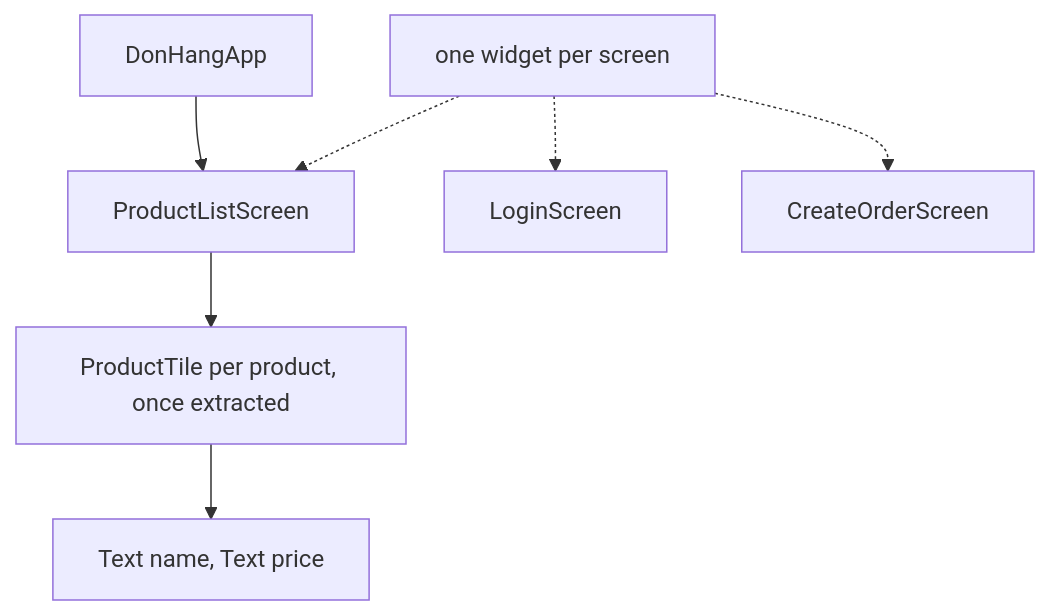
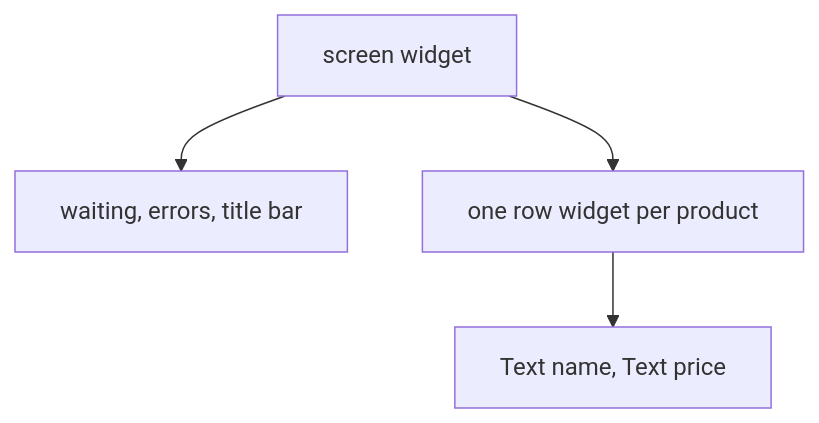
One commit to duyan11110/lo-trinh-architect changed the diagram in content/tracks/frontend/flutter-foundations/frontend.l1.composing-widgets.en.md. Above: the diagram before and after it, drawn with Mermaid. The commit also changed other lines of this file and 3 other files, not shown here.

````diff
--- a/content/tracks/frontend/flutter-foundations/frontend.l1.composing-widgets.en.md
+++ b/content/tracks/frontend/flutter-foundations/frontend.l1.composing-widgets.en.md
@@ -38,9 +38,6 @@
 ```mermaid
 flowchart TD
-  D[DonHangApp] --> P[ProductListScreen]
-  P --> T[ProductTile per product, once extracted]
-  T --> X[Text name, Text price]
-  S[one widget per screen] -.-> P
-  S -.-> L[LoginScreen]
-  S -.-> C[CreateOrderScreen]
+  S[screen widget] --> F[waiting, errors, title bar]
+  S --> R[one row widget per product]
+  R --> X[Text name, Text price]
 ```
````
